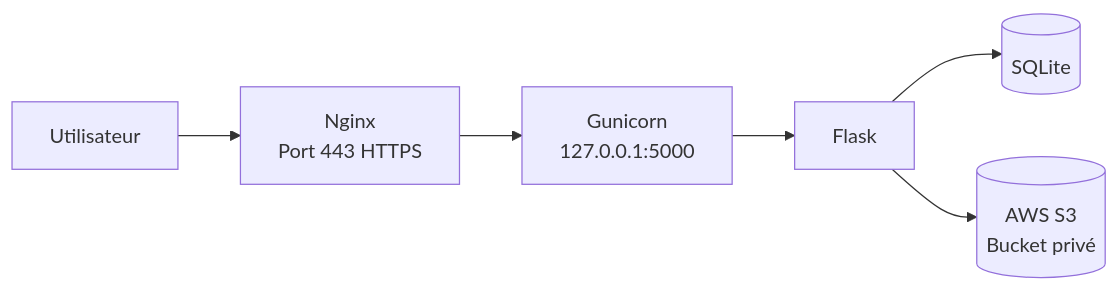
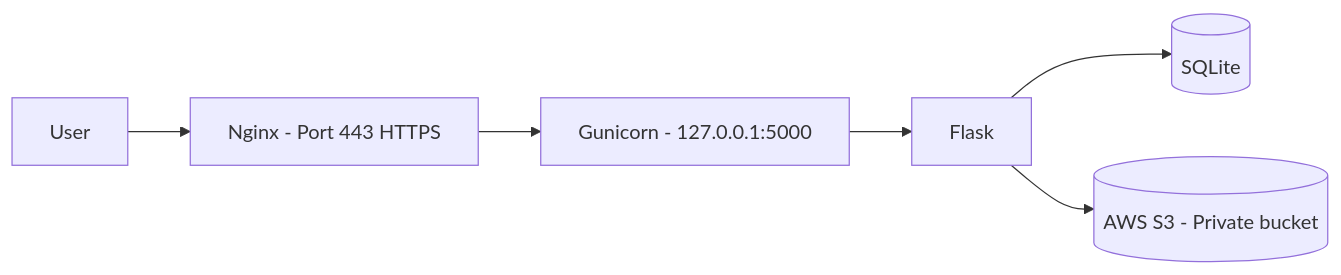
The first of 3 diagrams in README.md (Giremuu/ishtar_sound), drawn with Mermaid before and after one commit. The commit also changed other lines of this file, not shown here.

````diff
--- a/README.md
+++ b/README.md
@@ -35,8 +13,8 @@
 ```mermaid
 graph LR
-    U[Utilisateur] --> N[Nginx\nPort 443 HTTPS]
-    N --> G[Gunicorn\n127.0.0.1:5000]
-    G --> F[Flask]
-    F --> DB[(SQLite)]
-    F --> S3[(AWS S3\nBucket privé)]
+    U["User"] --> N["Nginx - Port 443 HTTPS"]
+    N --> G["Gunicorn - 127.0.0.1:5000"]
+    G --> F["Flask"]
+    F --> DB[("SQLite")]
+    F --> S3[("AWS S3 - Private bucket")]
 ```
````
